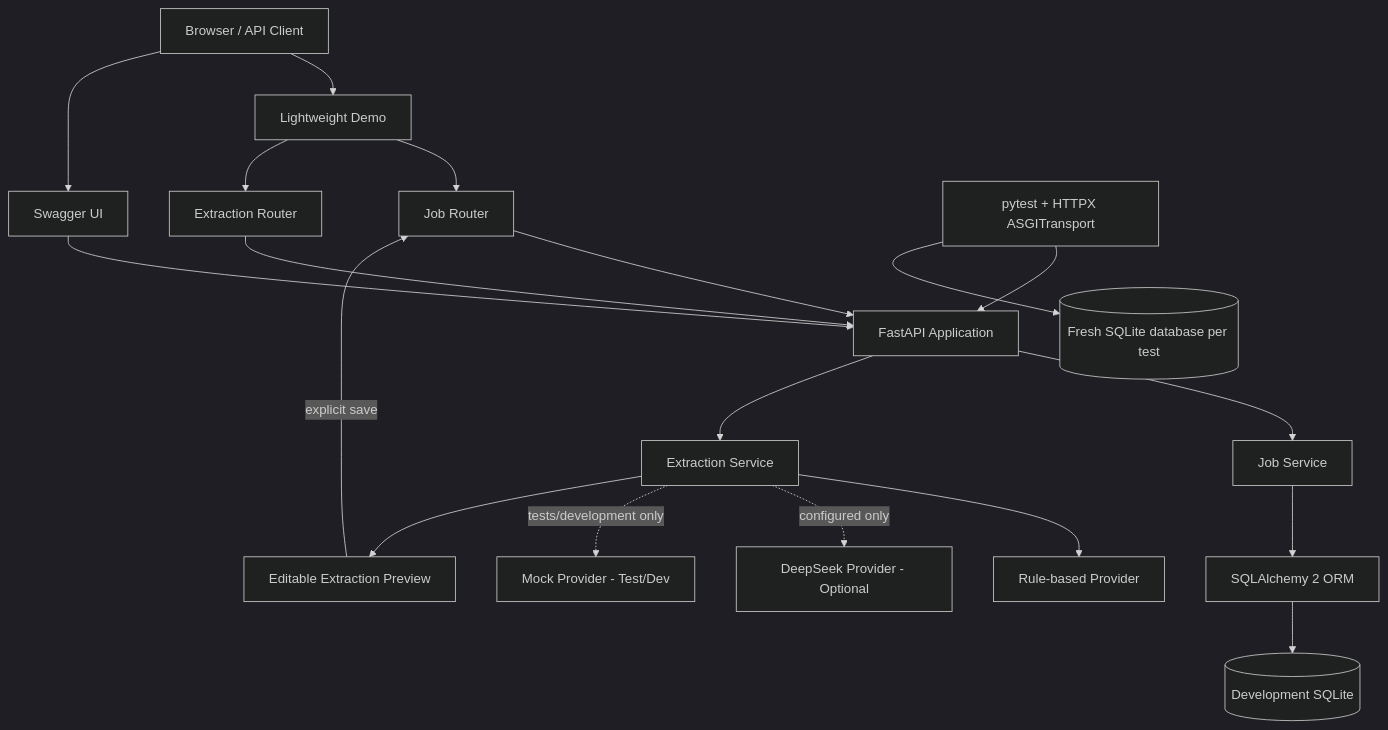
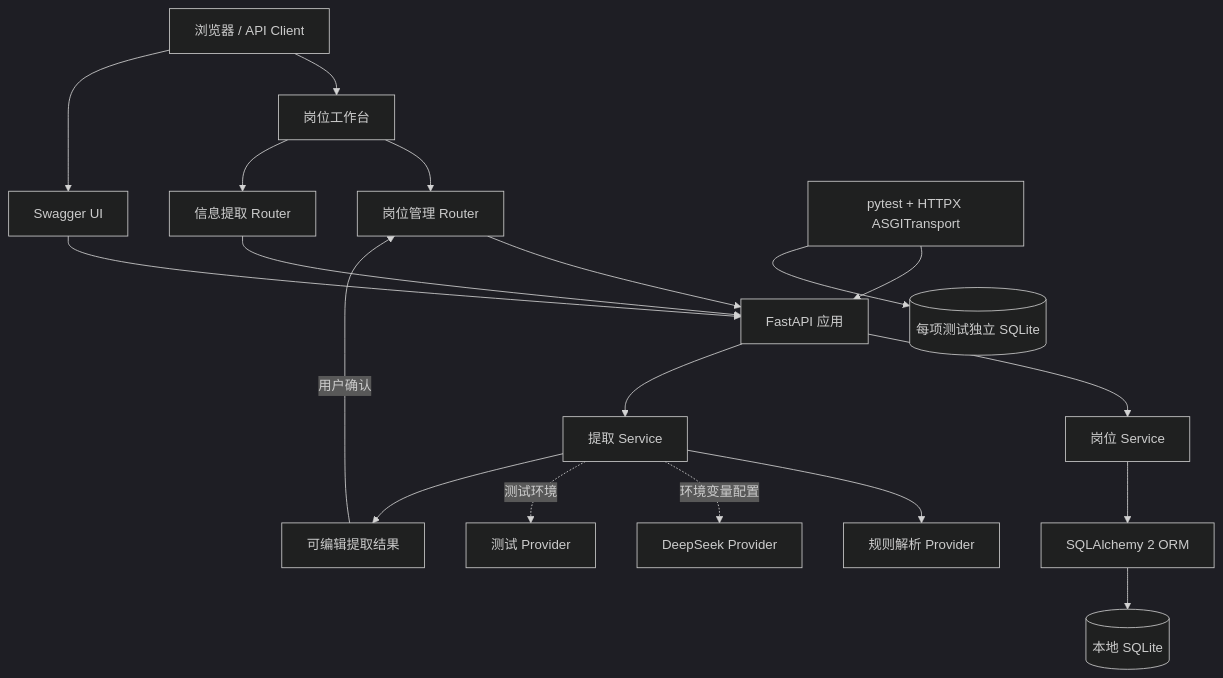
One commit to xuyang2005cs/career-assistant-platform changed the diagram in docs/architecture/current-architecture.md. Above: the diagram before and after it, drawn with Mermaid (dark theme). The commit also changed other lines of this file and 19 other files, not shown here.

````diff
--- a/docs/architecture/current-architecture.md
+++ b/docs/architecture/current-architecture.md
@@ -7,35 +7,35 @@
 ```mermaid
 flowchart TB
-    Client[Browser / API Client]
-    Demo[Lightweight Demo]
+    Client[浏览器 / API Client]
+    Workbench[岗位工作台]
     Swagger[Swagger UI]
-    App[FastAPI Application]
-    Jobs[Job Router]
-    Extract[Extraction Router]
-    JobService[Job Service]
-    ExtractService[Extraction Service]
-    Rule[Rule-based Provider]
-    DeepSeek[DeepSeek Provider - Optional]
-    Mock[Mock Provider - Test/Dev]
+    App[FastAPI 应用]
+    Jobs[岗位管理 Router]
+    Extract[信息提取 Router]
+    JobService[岗位 Service]
+    ExtractService[提取 Service]
+    Rule[规则解析 Provider]
+    DeepSeek[DeepSeek Provider]
+    TestProvider[测试 Provider]
     ORM[SQLAlchemy 2 ORM]
-    DevDB[(Development SQLite)]
+    DevDB[(本地 SQLite)]
 
-    Client --> Demo
+    Client --> Workbench
     Client --> Swagger
-    Demo --> Jobs
-    Demo --> Extract
+    Workbench --> Jobs
+    Workbench --> Extract
     Swagger --> App
     Jobs --> App
     Extract --> App
     App --> JobService
     App --> ExtractService
     JobService --> ORM --> DevDB
     ExtractService --> Rule
-    ExtractService -. configured only .-> DeepSeek
-    ExtractService -. tests/development only .-> Mock
-    ExtractService --> Preview[Editable Extraction Preview]
-    Preview -->|explicit save| Jobs
+    ExtractService -. 环境变量配置 .-> DeepSeek
+    ExtractService -. 测试环境 .-> TestProvider
+    ExtractService --> Preview[可编辑提取结果]
+    Preview -->|用户确认| Jobs
 
     Tests[pytest + HTTPX ASGITransport] --> App
-    Tests --> TestDB[(Fresh SQLite database per test)]
+    Tests --> TestDB[(每项测试独立 SQLite)]
 ```
````
